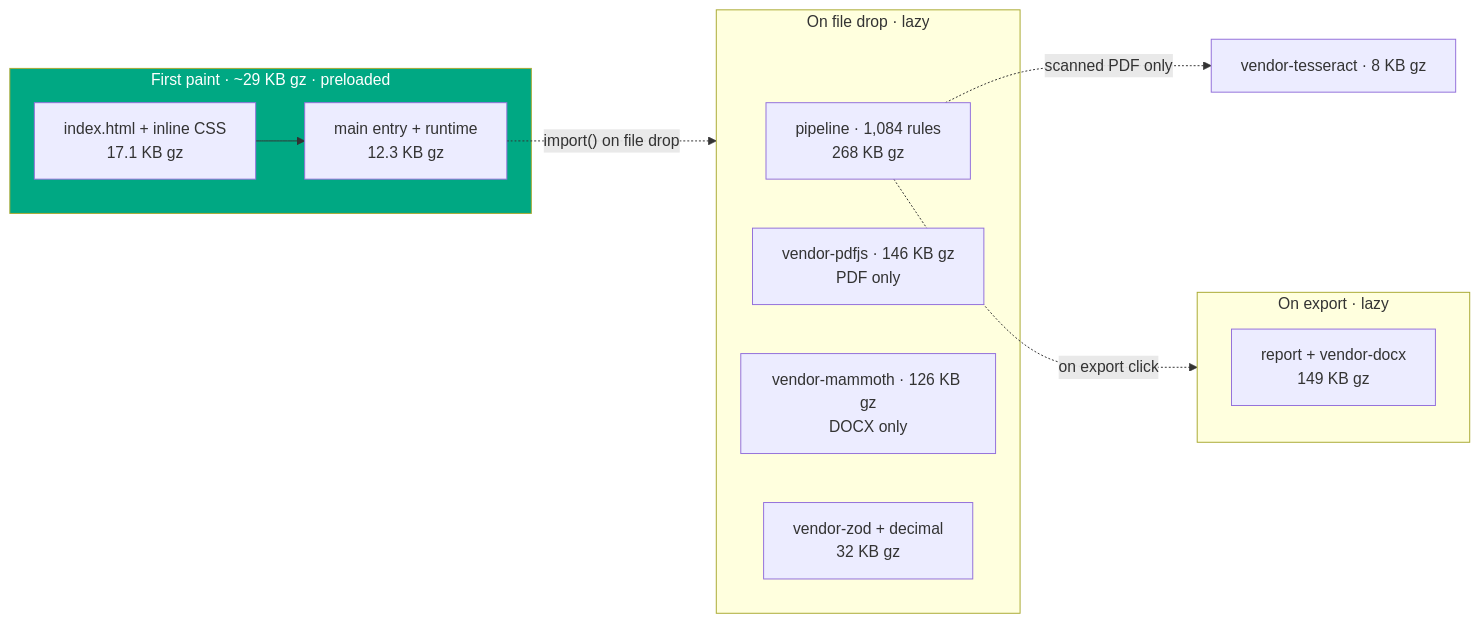
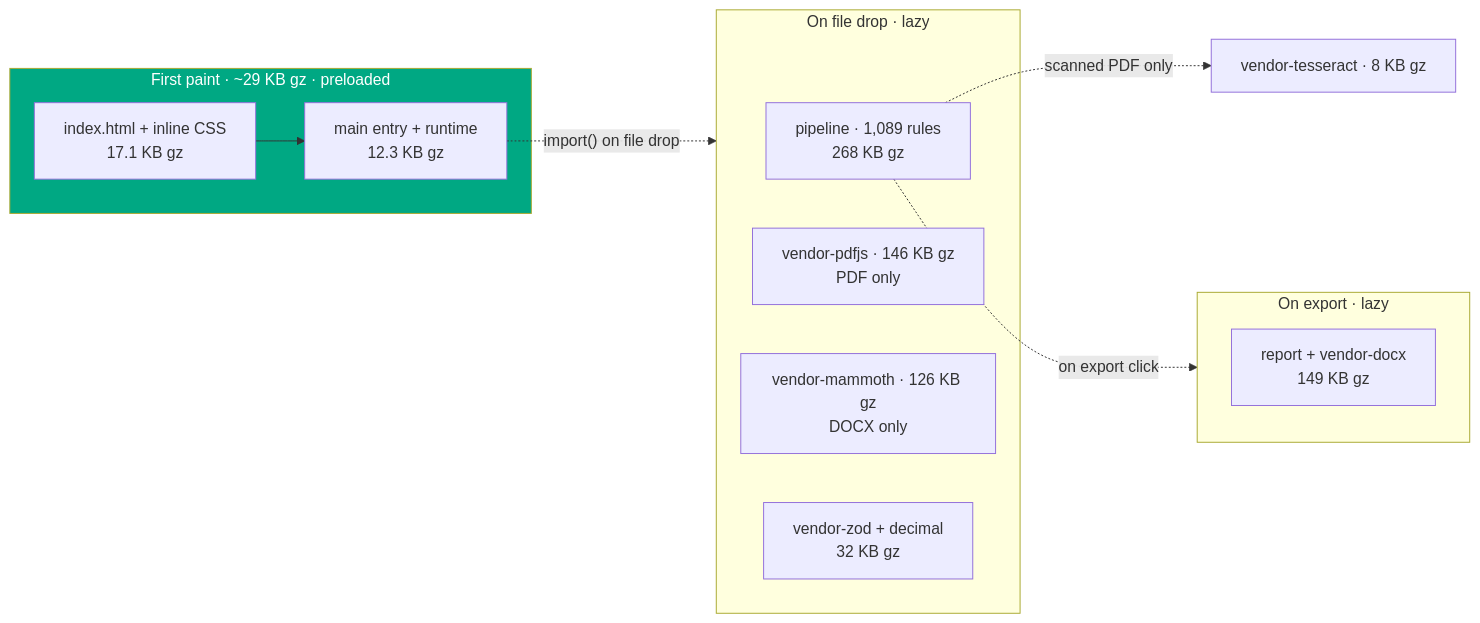
Before and after one commit to clay-good/vaulytica: the tenth of 11 diagrams in README.md, drawn with Mermaid. The commit also changed other lines of this file and 98 other files, not shown here.

````diff
--- a/README.md
+++ b/README.md
@@ -1266,19 +1266,19 @@
 ```mermaid
 flowchart LR
   subgraph FP["First paint · ~29 KB gz · preloaded"]
     H[index.html + inline CSS<br/>17.1 KB gz] --> M[main entry + runtime<br/>12.3 KB gz]
   end
   M -. "import() on file drop" .-> DROP
   subgraph DROP["On file drop · lazy"]
-    P[pipeline · 1,084 rules<br/>268 KB gz]
+    P[pipeline · 1,089 rules<br/>268 KB gz]
     PDF[vendor-pdfjs · 146 KB gz<br/>PDF only]
     DOCXIN[vendor-mammoth · 126 KB gz<br/>DOCX only]
     Z[vendor-zod + decimal<br/>32 KB gz]
   end
   P -. "on export click" .-> EXP
   subgraph EXP["On export · lazy"]
     RPT[report + vendor-docx<br/>149 KB gz]
   end
   P -. "scanned PDF only" .-> OCR[vendor-tesseract · 8 KB gz]
   style FP fill:#00A883,color:#fff
 ```
````
